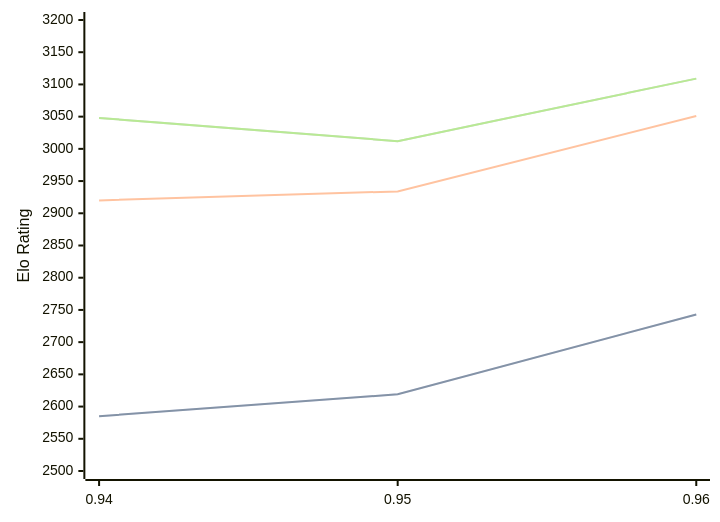
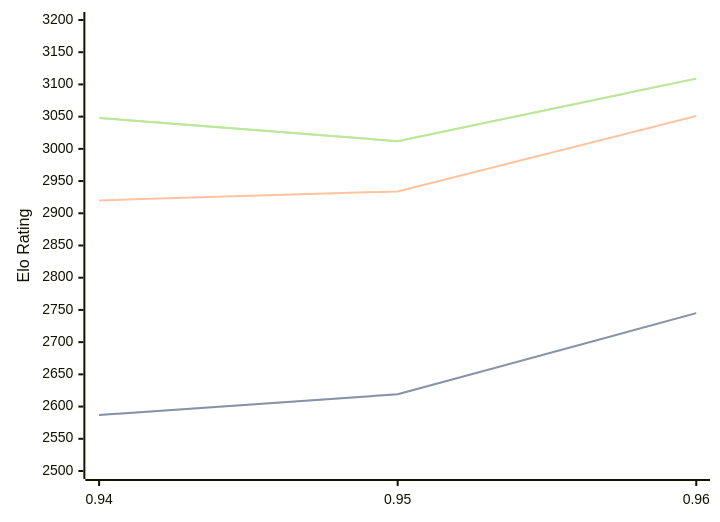
One commit to computer-chess-index/cci changed the diagram in engines/Myrddin.md. Above: the diagram before and after it, drawn with Mermaid. The commit also changed other lines of this file, not shown here.

````diff
--- a/engines/Myrddin.md
+++ b/engines/Myrddin.md
@@ -33,11 +33,11 @@
 ```mermaid
 %%{init: {"theme":"base","themeVariables":{"seriesColors:['#a3a3a3','#222221','#faa371']}}}%%
 xychart-beta
   x-axis ["0.94", "0.95", "0.96"]
   y-axis "Elo Rating" 2500 --> 3200
-  line "STC (8.0+0.08s)" [2585, 2619, 2743]
-  line "STC (8.0+0.08s)" [2585, 2619, 2743]
+  line "STC (8.0+0.08s)" [2587, 2619, 2745]
+  line "STC (8.0+0.08s)" [2587, 2619, 2745]
   line "LTC (60.0+0.60s)" [2920, 2934, 3051]
   line "VLTC (2m24s+1.12s)" [3048, 3012, 3109]
   line "VLTC (2m24s+1.12s)" [3048, 3012, 3109]
 ```
````
